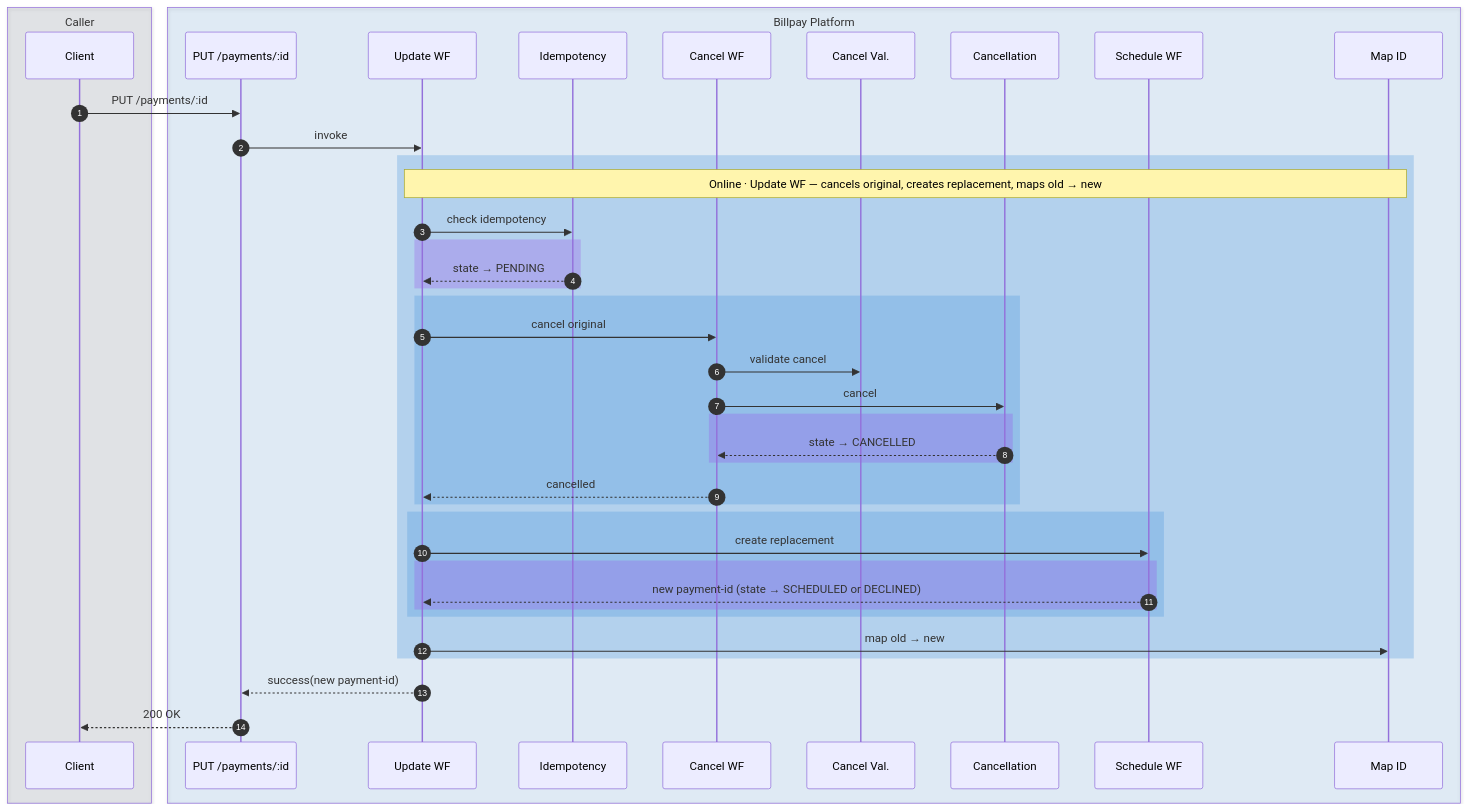
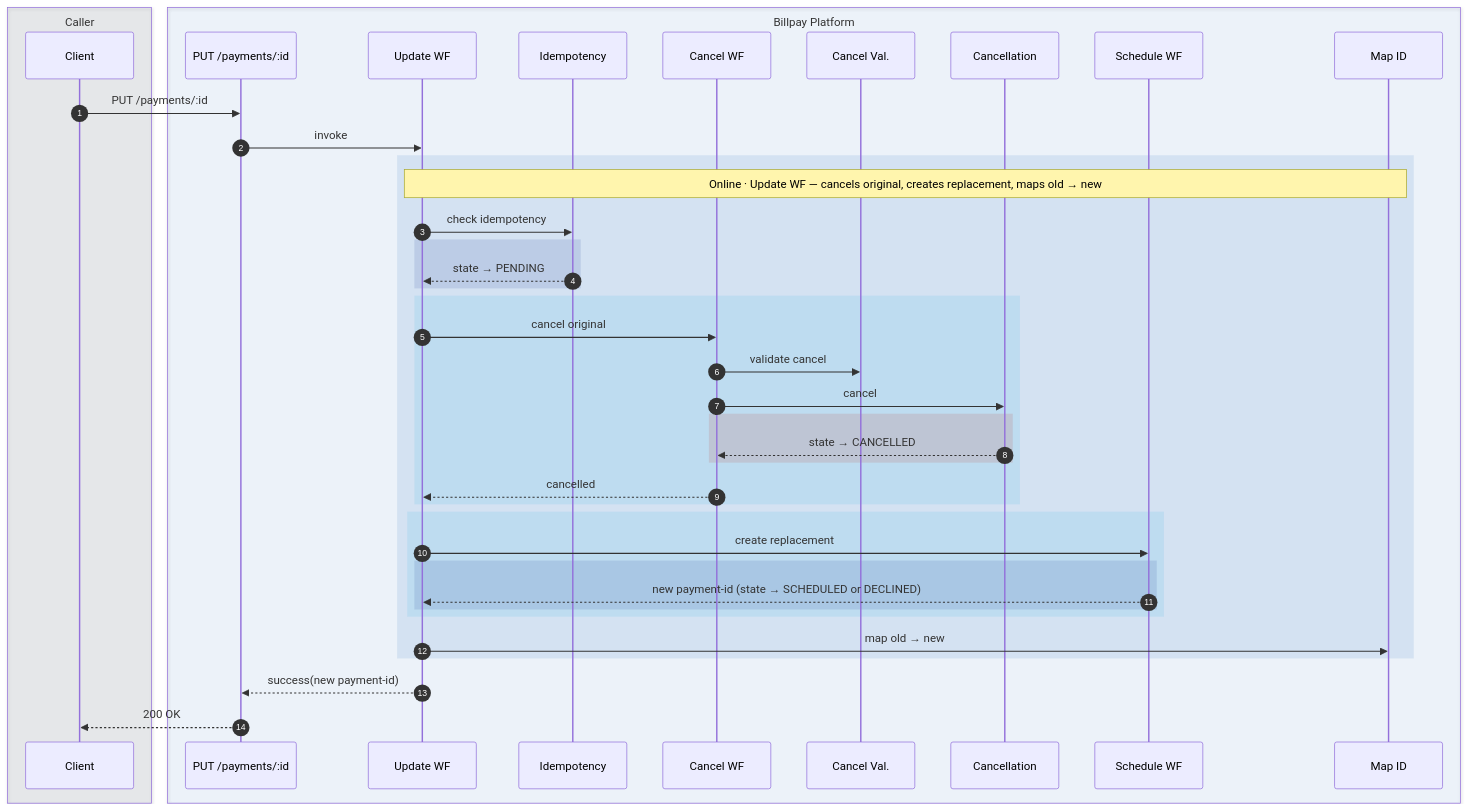
One commit to arunav-bhattacharya/billpay-book changed the fifth of 12 diagrams in website/docs/design/diagrams/sequence-diagram.md. Above: the diagram before and after it, drawn with Mermaid. The commit also changed other lines of this file and 48 other files, not shown here.

````diff
--- a/website/docs/design/diagrams/sequence-diagram.md
+++ b/website/docs/design/diagrams/sequence-diagram.md
@@ -405,52 +405,52 @@
 ```mermaid
 sequenceDiagram
   autonumber
 
-  box rgba(120,132,152,0.16) Caller
+  box rgba(111,124,143,0.12) Caller
     participant C as Client
   end
 
-  box rgba(1,111,208,0.1) Billpay Platform
+  box rgba(1,111,208,0.06) Billpay Platform
     participant API as PUT /payments/:id
     participant U as Update WF
     participant IDEMP as Idempotency
     participant CAN as Cancel WF
     participant PCV as Cancel Val.
     participant PCN as Cancellation
     participant CSP as Schedule WF
     participant MAP as Map ID
   end
 
   C->>API: PUT /payments/:id
   API->>U: invoke
 
-  rect rgba(1,111,208,0.2)
+  rect rgba(1,91,179,0.10)
     Note over U,MAP: Online · Update WF — cancels original, creates replacement, maps old → new
     U->>IDEMP: check idempotency
-    rect rgba(150,75,232,0.28)
+    rect rgba(52,81,158,0.15)
       IDEMP-->>U: state → PENDING
     end
 
-    rect rgba(0,111,207,0.18)
+    rect rgba(0,163,224,0.10)
       U->>CAN: cancel original
       CAN->>PCV: validate cancel
       CAN->>PCN: cancel
-      rect rgba(150,75,232,0.28)
+      rect rgba(192,57,43,0.14)
         PCN-->>CAN: state → CANCELLED
       end
       CAN-->>U: cancelled
     end
 
-    rect rgba(0,111,207,0.18)
+    rect rgba(0,163,224,0.10)
       U->>CSP: create replacement
-      rect rgba(150,75,232,0.28)
+      rect rgba(52,81,158,0.15)
         CSP-->>U: new payment-id (state → SCHEDULED or DECLINED)
       end
     end
 
     U->>MAP: map old → new
   end
 
   U-->>API: success(new payment-id)
   API-->>C: 200 OK
 ```
````
